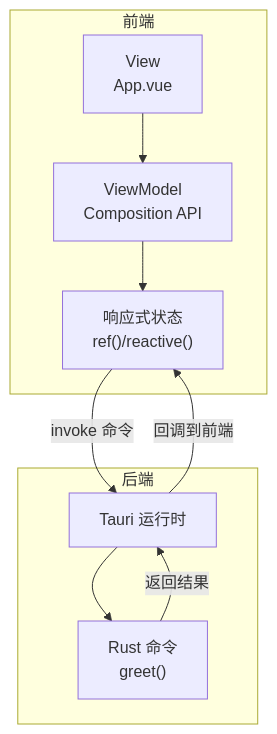
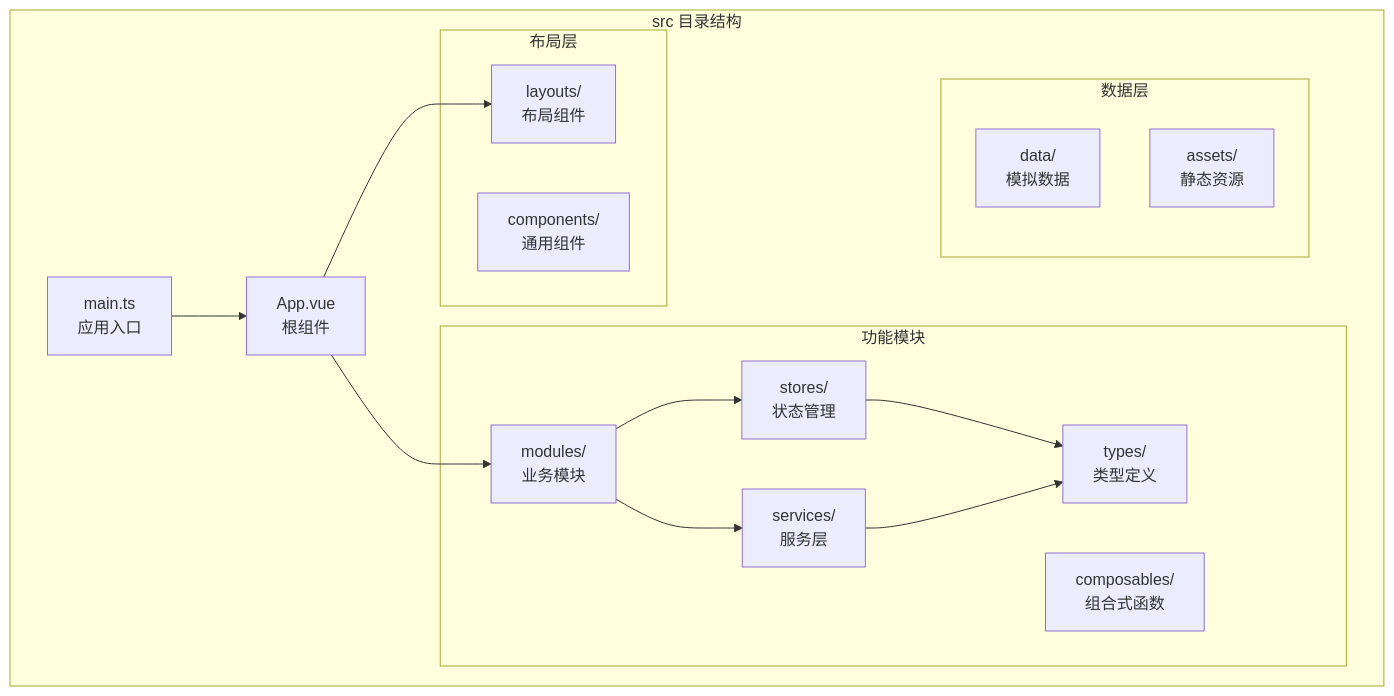
The second of 8 diagrams in .qoder/repowiki/zh/content/架构设计/前端架构.md (LStkTrail/easy-trade-assistant), drawn with Mermaid before and after one commit. The commit also changed other lines of this file and 780 other files, not shown here.

````diff
--- a/.qoder/repowiki/zh/content/架构设计/前端架构.md
+++ b/.qoder/repowiki/zh/content/架构设计/前端架构.md
@@ -132,18 +107,29 @@
 ```mermaid
 graph TB
-subgraph "前端"
-VM["ViewModel<br/>Composition API"]
-VIEW["View<br/>App.vue"]
-STATE["响应式状态<br/>ref()/reactive()"]
+subgraph "src 目录结构"
+Entry["main.ts<br/>应用入口"]
+App["App.vue<br/>根组件"]
+subgraph "布局层"
+Layouts["layouts/<br/>布局组件"]
+Components["components/<br/>通用组件"]
 end
-subgraph "后端"
-CMD["Rust 命令<br/>greet()"]
-RUNTIME["Tauri 运行时"]
+subgraph "功能模块"
+Modules["modules/<br/>业务模块"]
+Stores["stores/<br/>状态管理"]
+Services["services/<br/>服务层"]
+Types["types/<br/>类型定义"]
+Composables["composables/<br/>组合式函数"]
 end
-VM --> STATE
-VIEW --> VM
-STATE --> |"invoke 命令"| RUNTIME
-RUNTIME --> CMD
-CMD --> |"返回结果"| RUNTIME
-RUNTIME --> |"回调到前端"| STATE
+subgraph "数据层"
+Data["data/<br/>模拟数据"]
+Assets["assets/<br/>静态资源"]
+end
+end
+Entry --> App
+App --> Layouts
+App --> Modules
+Modules --> Stores
+Modules --> Services
+Stores --> Types
+Services --> Types
 ```
````
